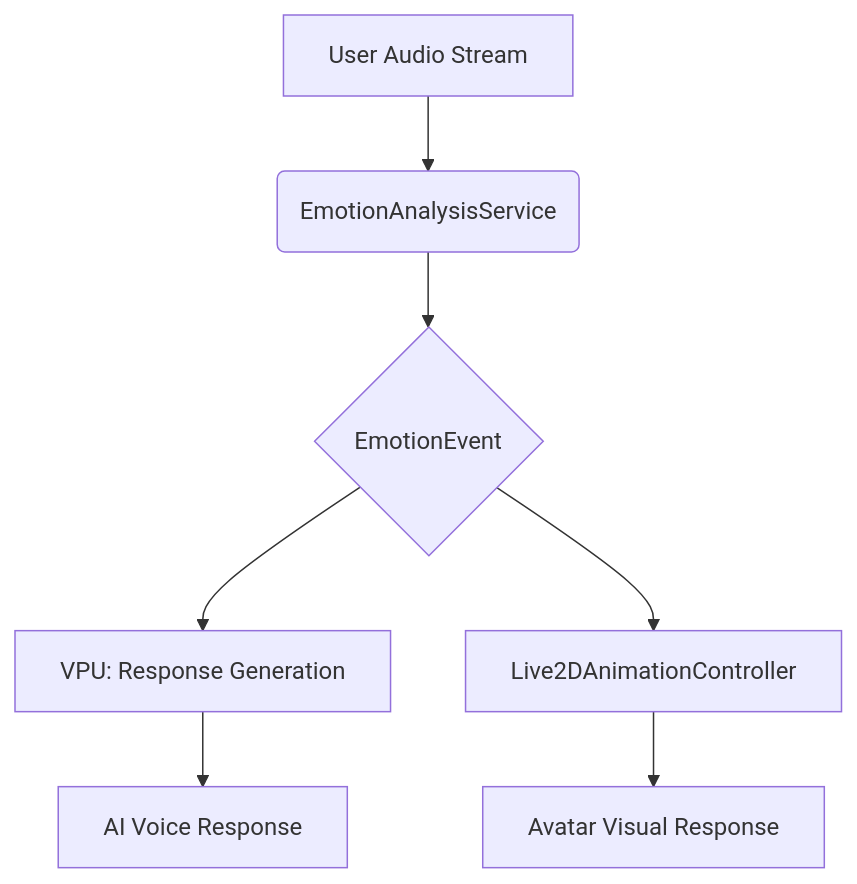
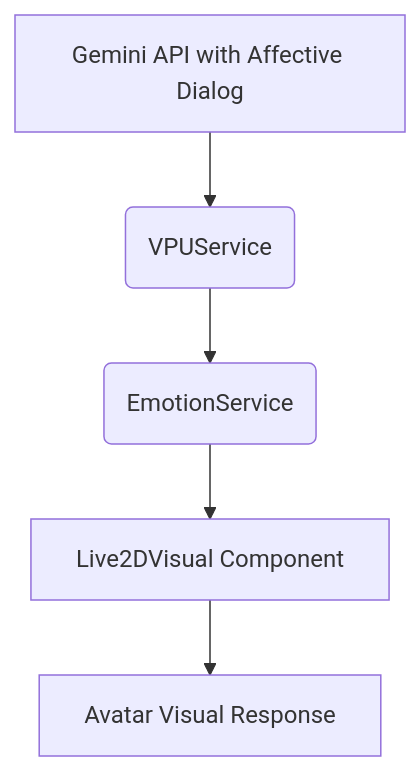
Before and after one commit to gemini-chan/gemini-chan.github.io: the diagram in docs/specs/emotional-intelligence-system/v1/tasks/emotion-system-architecture.md, drawn with Mermaid. The commit also changed other lines of this file and 4 other files, not shown here.

````diff
--- a/docs/specs/emotional-intelligence-system/v1/tasks/emotion-system-architecture.md
+++ b/docs/specs/emotional-intelligence-system/v1/tasks/emotion-system-architecture.md
@@ -21,9 +20,7 @@
 ```mermaid
 graph TD
-    A[User Audio Stream] --> B(EmotionAnalysisService);
-    B --> C{EmotionEvent};
-    C --> D[VPU: Response Generation];
-    C --> E[Live2DAnimationController];
-    D --> F[AI Voice Response];
-    E --> G[Avatar Visual Response];
+    A[Gemini API with Affective Dialog] --> B(VPUService);
+    B --> C(EmotionService);
+    C --> D[Live2DVisual Component];
+    D --> E[Avatar Visual Response];
 ```
````
